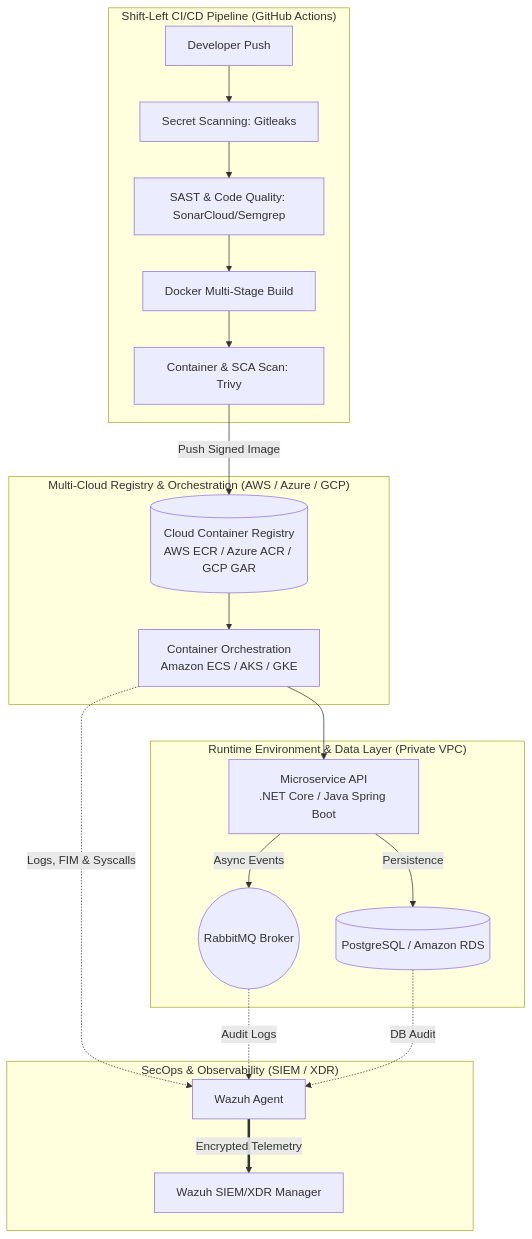
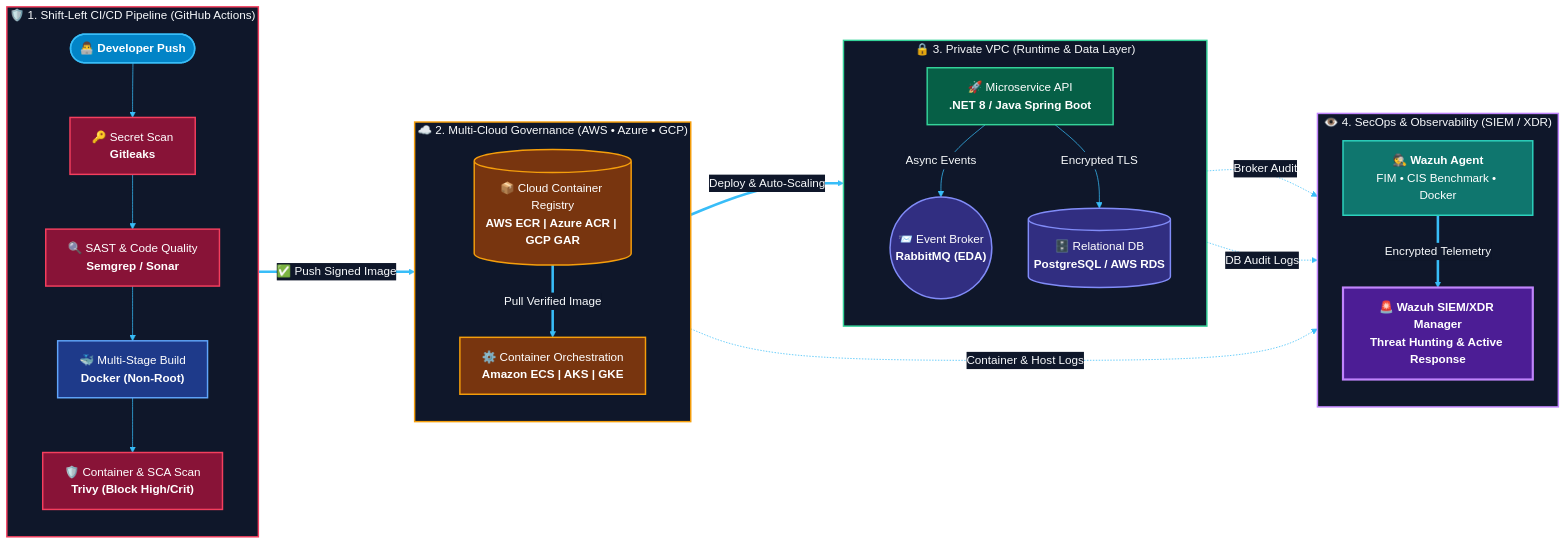
One commit to Wesnnen/multicloud-devsecops-blueprint changed the diagram in README.md. Above: the diagram before and after it, drawn with Mermaid.

Commit message:
Revise README for improved clarity and structure
Updated the README to enhance clarity and structure, including a detailed architecture diagram and technical pillars for the DevSecOps solution.

````diff
--- a/README.md
+++ b/README.md
@@ -16,28 +16,75 @@
 ```mermaid
-graph TD
-    subgraph "Shift-Left CI/CD Pipeline (GitHub Actions)"
-        A[Developer Push] --> B[Secret Scanning: Gitleaks]
-        B --> C[SAST & Code Quality: SonarCloud/Semgrep]
-        C --> D[Docker Multi-Stage Build]
-        D --> E[Container & SCA Scan: Trivy]
+%%{init: {'theme': 'base', 'themeVariables': { 'primaryColor': '#1e293b', 'primaryTextColor': '#f8fafc', 'primaryBorderColor': '#475569', 'lineColor': '#38bdf8', 'secondaryColor': '#0f172a', 'tertiaryColor': '#1e293b', 'fontFamily': 'Segoe UI, Roboto, Helvetica, sans-serif'}}}%%
+
+flowchart LR
+    %% =====================================================================
+    %% 1. CAMADA DE CI/CD & SHIFT-LEFT SECURITY
+    %% =====================================================================
+    subgraph CICD ["🛡️ 1. Shift-Left CI/CD Pipeline (GitHub Actions)"]
+        direction TB
+        A(["👨‍💻 Developer Push"]):::dev --> B["🔑 Secret Scan<br/><b>Gitleaks</b>"]:::secGate
+        B --> C["🔍 SAST & Code Quality<br/><b>Semgrep / Sonar</b>"]:::secGate
+        C --> D["🐳 Multi-Stage Build<br/><b>Docker (Non-Root)</b>"]:::buildNode
+        D --> E["🛡️ Container & SCA Scan<br/><b>Trivy (Block High/Crit)</b>"]:::secGate
     end
 
-    subgraph "Multi-Cloud Registry & Orchestration (AWS / Azure / GCP)"
-        E -->|Push Signed Image| F[(Cloud Container Registry<br/>AWS ECR / Azure ACR / GCP GAR)]
-        F --> G[Container Orchestration<br/>Amazon ECS / AKS / GKE]
+    %% =====================================================================
+    %% 2. CAMADA MULTI-CLOUD & ORQUESTRAÇÃO
+    %% =====================================================================
+    subgraph CLOUD ["☁️ 2. Multi-Cloud Governance (AWS • Azure • GCP)"]
+        direction TB
+        F[("📦 Cloud Container Registry<br/><b>AWS ECR | Azure ACR | GCP GAR</b>")]:::cloudNode
+        G["⚙️ Container Orchestration<br/><b>Amazon ECS | AKS | GKE</b>"]:::cloudNode
+        F ==>|Pull Verified Image| G
     end
 
-    subgraph "Runtime Environment & Data Layer (Private VPC)"
-        G --> H[Microservice API<br/>.NET Core / Java Spring Boot]
-        H -->|Async Events| I((RabbitMQ Broker))
-        H -->|Persistence| J[(PostgreSQL / Amazon RDS)]
+    %% =====================================================================
+    %% 3. CAMADA DE RUNTIME, MICROSSERVIÇOS & DADOS
+    %% =====================================================================
+    subgraph VPC ["🔒 3. Private VPC (Runtime & Data Layer)"]
+        direction TB
+        H["🚀 Microservice API<br/><b>.NET 8 / Java Spring Boot</b>"]:::appNode
+        I(("📨 Event Broker<br/><b>RabbitMQ (EDA)</b>")):::dataNode
+        J[("🗄️ Relational DB<br/><b>PostgreSQL / AWS RDS</b>")]:::dataNode
+        
+        H -->|Async Events| I
+        H -->|Encrypted TLS| J
     end
 
-    subgraph "SecOps & Observability (SIEM / XDR)"
-        G -.->|Logs, FIM & Syscalls| K[Wazuh Agent]
-        I -.->|Audit Logs| K
-        J -.->|DB Audit| K
-        K ==>|Encrypted Telemetry| L[Wazuh SIEM/XDR Manager]
+    %% =====================================================================
+    %% 4. CAMADA DE SECOPS & SIEM / XDR
+    %% =====================================================================
+    subgraph SECOPS ["👁️ 4. SecOps & Observability (SIEM / XDR)"]
+        direction TB
+        K["🕵️ <b>Wazuh Agent</b><br/>FIM • CIS Benchmark • Docker"]:::siemNode
+        L["🚨 <b>Wazuh SIEM/XDR Manager</b><br/>Threat Hunting & Active Response"]:::siemManager
+        K ==>|Encrypted Telemetry| L
     end
 
+    %% =====================================================================
+    %% CONEXÕES ENTRE CAMADAS
+    %% =====================================================================
+    E ==>|"✅ Push Signed Image"| F
+    G ==>|"Deploy & Auto-Scaling"| H
+    
+    G -.->|"Container & Host Logs"| K
+    I -.->|"Broker Audit"| K
+    J -.->|"DB Audit Logs"| K
+
+    %% =====================================================================
+    %% ESTILIZAÇÃO VISUAL (PALETA DARK MODE / CYBERSECURITY)
+    %% =====================================================================
+    classDef dev fill:#0284c7,stroke:#38bdf8,stroke-width:2px,color:#ffffff,font-weight:bold;
+    classDef secGate fill:#881337,stroke:#f43f5e,stroke-width:2px,color:#ffffff;
+    classDef buildNode fill:#1e3a8a,stroke:#60a5fa,stroke-width:2px,color:#ffffff;
+    classDef cloudNode fill:#78350f,stroke:#f59e0b,stroke-width:2px,color:#ffffff;
+    classDef appNode fill:#065f46,stroke:#34d399,stroke-width:2px,color:#ffffff;
+    classDef dataNode fill:#312e81,stroke:#818cf8,stroke-width:2px,color:#ffffff;
+    classDef siemNode fill:#0f766e,stroke:#2dd4bf,stroke-width:2px,color:#ffffff;
+    classDef siemManager fill:#4c1d95,stroke:#c084fc,stroke-width:3px,color:#ffffff,font-weight:bold;
+
+    style CICD fill:#0f172a,stroke:#f43f5e,stroke-width:2px,color:#f8fafc
+    style CLOUD fill:#0f172a,stroke:#f59e0b,stroke-width:2px,color:#f8fafc
+    style VPC fill:#0f172a,stroke:#34d399,stroke-width:2px,color:#f8fafc
+    style SECOPS fill:#0f172a,stroke:#c084fc,stroke-width:2px,color:#f8fafc
 ```
````
